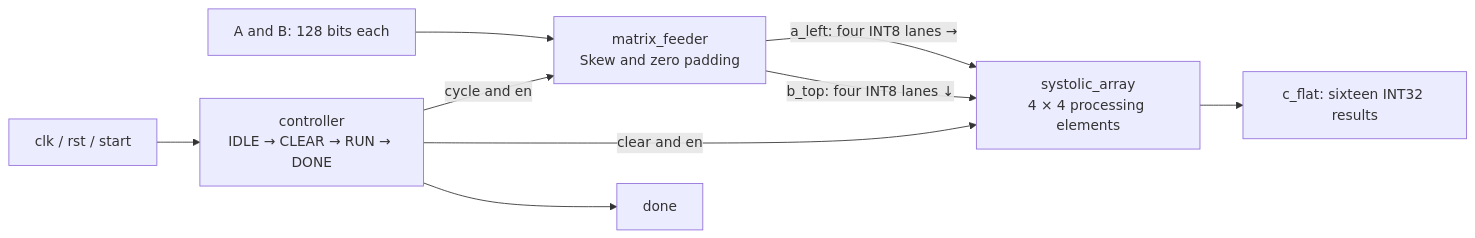
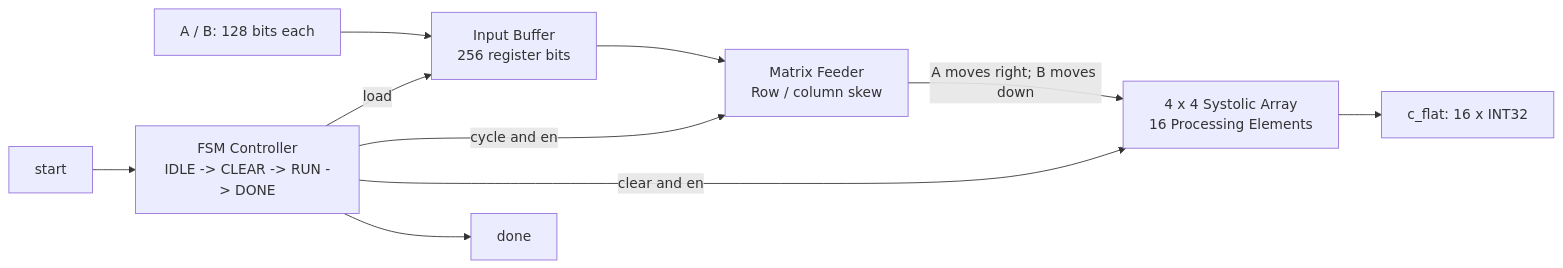
One commit to QueenMary-2/TinyNPU changed the diagram in README.md. Above: the diagram before and after it, drawn with Mermaid. The commit also changed other lines of this file and 44 other files, not shown here.

````diff
--- a/README.md
+++ b/README.md
@@ -26,11 +25,12 @@
 ```mermaid
 flowchart LR
-    INPUT["A and B: 128 bits each"] --> FEED["matrix_feeder\nSkew and zero padding"]
-    START["clk / rst / start"] --> CTRL["controller\nIDLE → CLEAR → RUN → DONE"]
+    INPUT["A / B: 128 bits each"] --> BUF["Input Buffer<br/>256 register bits"]
+    BUF --> FEED["Matrix Feeder<br/>Row / column skew"]
+    START["start"] --> CTRL["FSM Controller<br/>IDLE -> CLEAR -> RUN -> DONE"]
+    CTRL -->|load| BUF
     CTRL -->|cycle and en| FEED
-    CTRL -->|clear and en| ARRAY["systolic_array\n4 × 4 processing elements"]
-    FEED -->|"a_left: four INT8 lanes →"| ARRAY
-    FEED -->|"b_top: four INT8 lanes ↓"| ARRAY
-    ARRAY --> C["c_flat: sixteen INT32 results"]
+    CTRL -->|clear and en| ARRAY["4 x 4 Systolic Array<br/>16 Processing Elements"]
+    FEED -->|"A moves right; B moves down"| ARRAY
+    ARRAY --> RESULT["c_flat: 16 x INT32"]
     CTRL --> DONE["done"]
 ```
````
